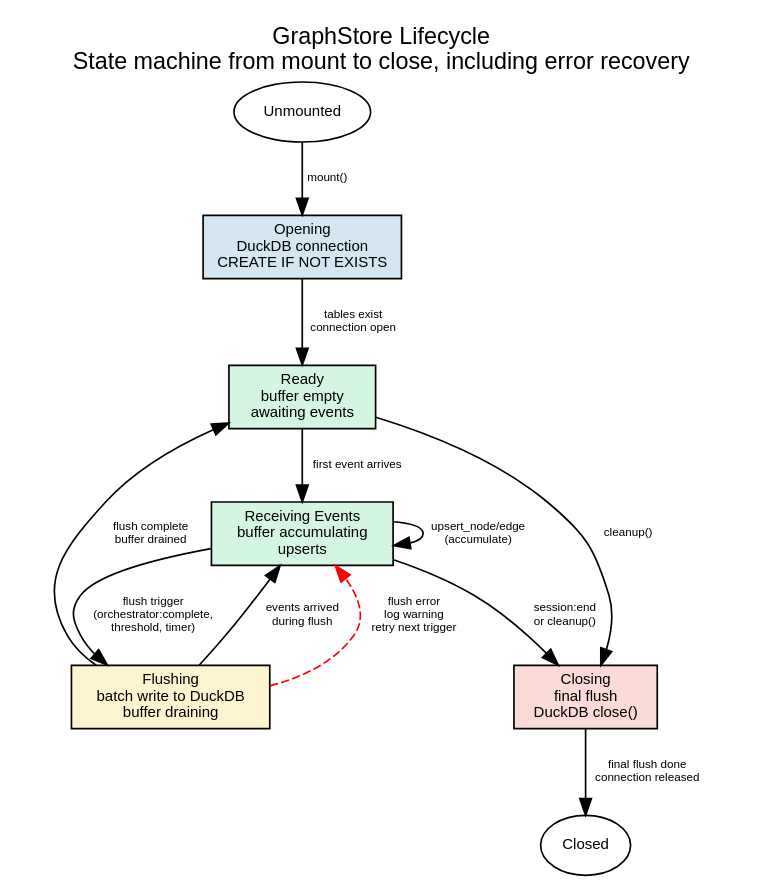
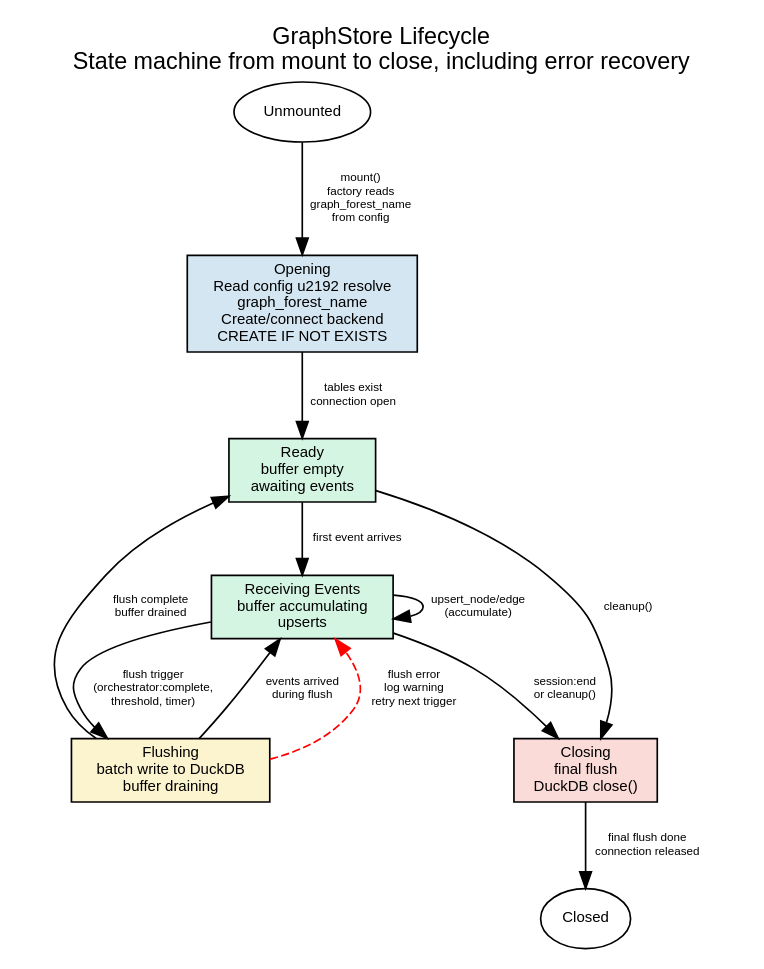
The diagram in context/graph-store-lifecycle.dot (microsoft/amplifier-bundle-context-intelligence), drawn with Graphviz before and after one commit. The commit also changed 23 other files, not shown here.

First line of the commit message:
feat: forest-aware graph storage (#1)

```diff
--- a/context/graph-store-lifecycle.dot
+++ b/context/graph-store-lifecycle.dot
@@ -1,39 +1,39 @@
 digraph lifecycle {
     rankdir=TB;
     label="GraphStore Lifecycle\nState machine from mount to close, including error recovery";
     labelloc=t;
     fontsize=14;
     fontname="Helvetica";
     node [fontname="Helvetica", fontsize=9];
     edge [fontname="Helvetica", fontsize=7];
 
     // States
     unmounted [label="Unmounted" shape=oval];
-    opening [label="Opening\nDuckDB connection\nCREATE IF NOT EXISTS"
+    opening [label="Opening\nRead config \u2192 resolve\ngraph_forest_name\nCreate/connect backend\nCREATE IF NOT EXISTS"
              shape=box style=filled fillcolor="#D4E6F1"];
     ready [label="Ready\nbuffer empty\nawaiting events"
            shape=box style=filled fillcolor="#D5F5E3"];
     receiving [label="Receiving Events\nbuffer accumulating\nupserts"
                shape=box style=filled fillcolor="#D5F5E3"];
     flushing [label="Flushing\nbatch write to DuckDB\nbuffer draining"
               shape=box style=filled fillcolor="#FCF3CF"];
     closing [label="Closing\nfinal flush\nDuckDB close()"
              shape=box style=filled fillcolor="#FADBD8"];
     closed [label="Closed" shape=oval];
 
     // Transitions
-    unmounted -> opening [label="mount()"];
+    unmounted -> opening [label="mount()\nfactory reads\ngraph_forest_name\nfrom config"];
     opening -> ready [label="tables exist\nconnection open"];
     ready -> receiving [label="first event arrives"];
     receiving -> receiving [label="upsert_node/edge\n(accumulate)"];
     receiving -> flushing [label="flush trigger\n(orchestrator:complete,\nthreshold, timer)"];
     flushing -> ready [label="flush complete\nbuffer drained"];
     flushing -> receiving [label="events arrived\nduring flush"];
     receiving -> closing [label="session:end\nor cleanup()"];
     ready -> closing [label="cleanup()"];
     closing -> closed [label="final flush done\nconnection released"];
 
     // Error path
     flushing -> receiving [label="flush error\nlog warning\nretry next trigger"
                            style=dashed color=red];
 }
```
